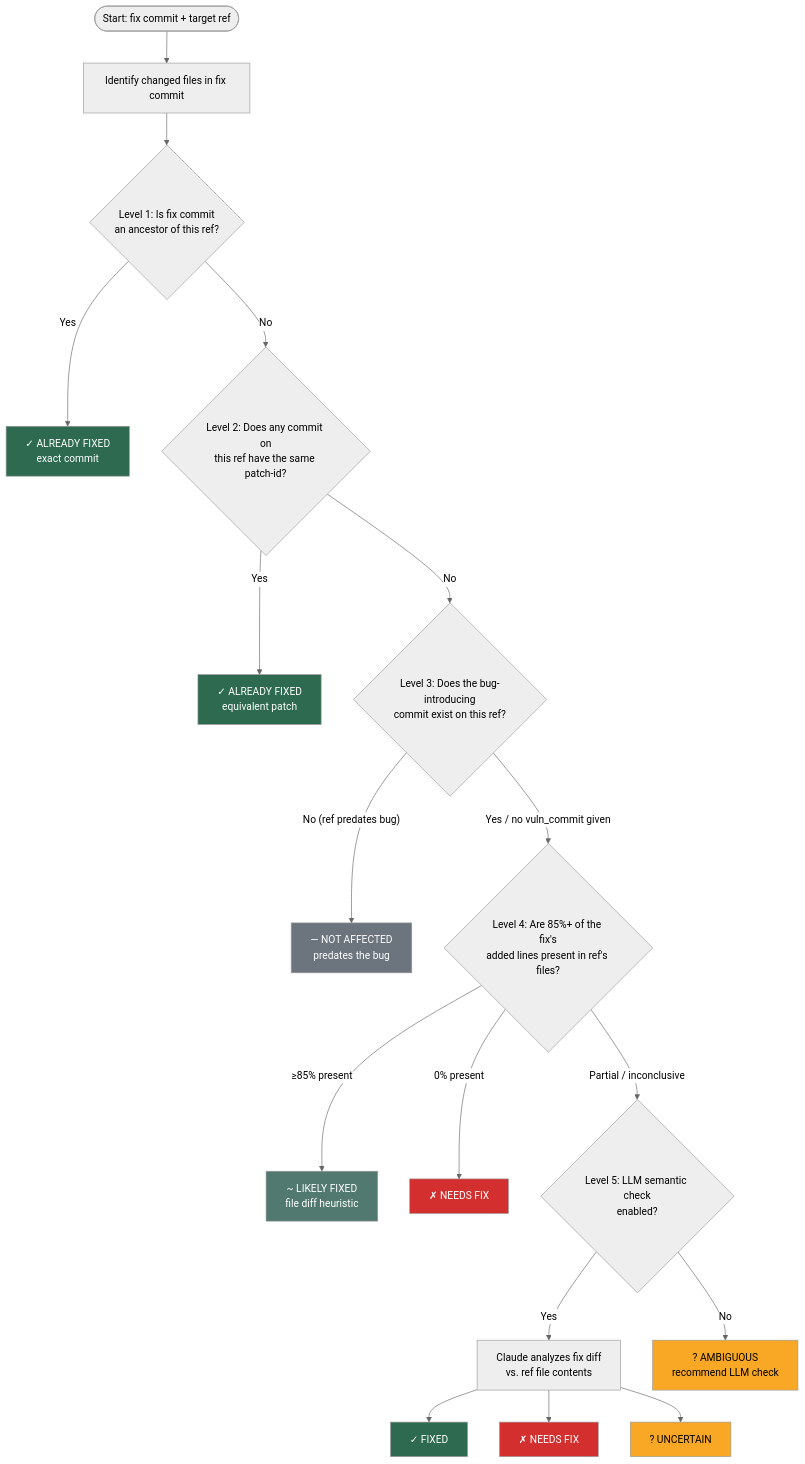
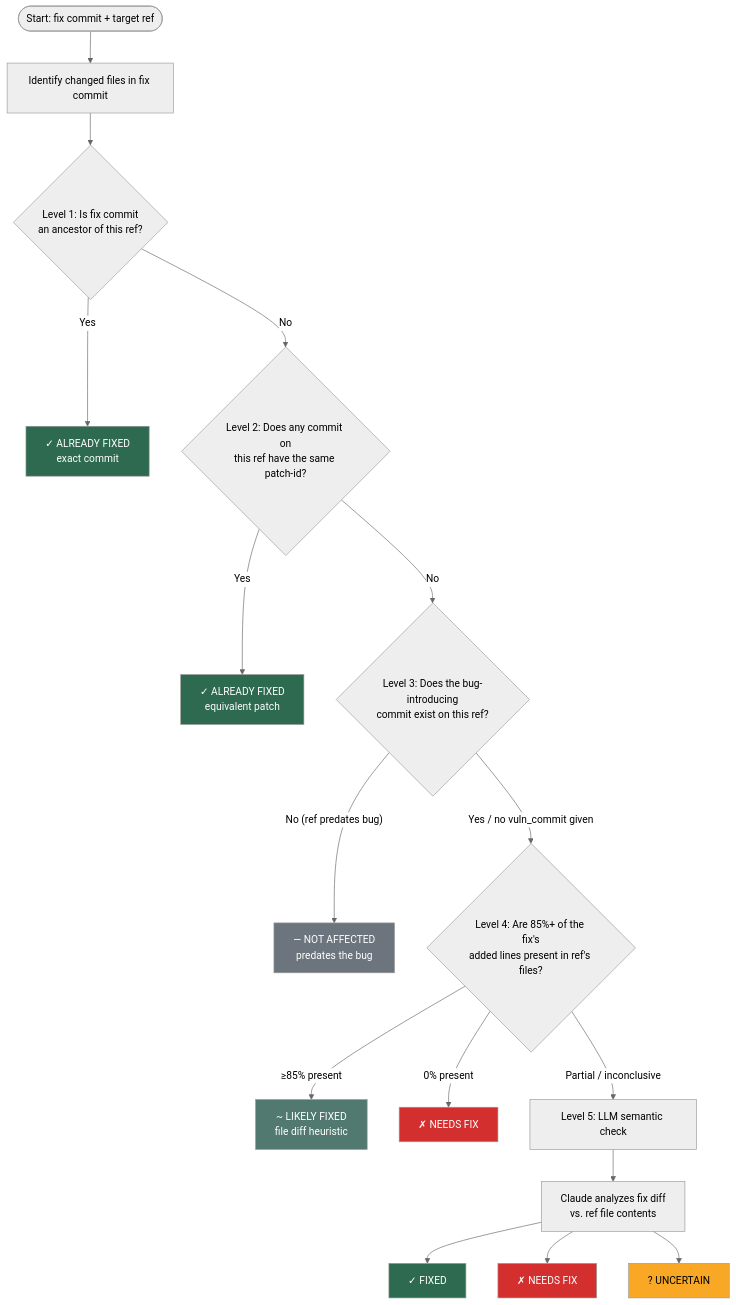
Before and after one commit to amalgamator-ai/amalgamator: the diagram in backport_scanner/README.md, drawn with Mermaid (neutral theme). The commit also changed other lines of this file and 3 other files, not shown here.

````diff
--- a/backport_scanner/README.md
+++ b/backport_scanner/README.md
@@ -26,34 +26,32 @@
 ```mermaid
 flowchart TD
     START([Start: fix commit + target ref]) --> FILES[Identify changed files in fix commit]
     FILES --> L1{Level 1: Is fix commit<br/>an ancestor of this ref?}
 
     L1 -- Yes --> EXACT[✓ ALREADY FIXED<br/>exact commit]
     L1 -- No --> L2{Level 2: Does any commit on<br/>this ref have the same patch-id?}
 
     L2 -- Yes --> EQUIV[✓ ALREADY FIXED<br/>equivalent patch]
     L2 -- No --> L3{Level 3: Does the bug-introducing<br/>commit exist on this ref?}
 
     L3 -- "No (ref predates bug)" --> NOTAFF[— NOT AFFECTED<br/>predates the bug]
     L3 -- "Yes / no vuln_commit given" --> L4{Level 4: Are 85%+ of the fix's<br/>added lines present in ref's files?}
 
     L4 -- "≥85% present" --> LIKELY[~ LIKELY FIXED<br/>file diff heuristic]
     L4 -- "0% present" --> NEEDS[✗ NEEDS FIX]
-    L4 -- "Partial / inconclusive" --> L5{Level 5: LLM semantic check<br/>enabled?}
+    L4 -- "Partial / inconclusive" --> L5[Level 5: LLM semantic check]
 
-    L5 -- Yes --> LLM[Claude analyzes fix diff<br/>vs. ref file contents]
+    L5 --> LLM[Claude analyzes fix diff<br/>vs. ref file contents]
     LLM --> LLM_FIXED[✓ FIXED]
     LLM --> LLM_NEEDS[✗ NEEDS FIX]
     LLM --> LLM_UNC[? UNCERTAIN]
-    L5 -- No --> AMB[? AMBIGUOUS<br/>recommend LLM check]
 
     style EXACT fill:#2d6a4f,color:#fff
     style EQUIV fill:#2d6a4f,color:#fff
     style LIKELY fill:#52796f,color:#fff
     style NOTAFF fill:#6c757d,color:#fff
     style NEEDS fill:#d32f2f,color:#fff
-    style AMB fill:#f9a825,color:#000
     style LLM_FIXED fill:#2d6a4f,color:#fff
     style LLM_NEEDS fill:#d32f2f,color:#fff
     style LLM_UNC fill:#f9a825,color:#000
 ```
````
